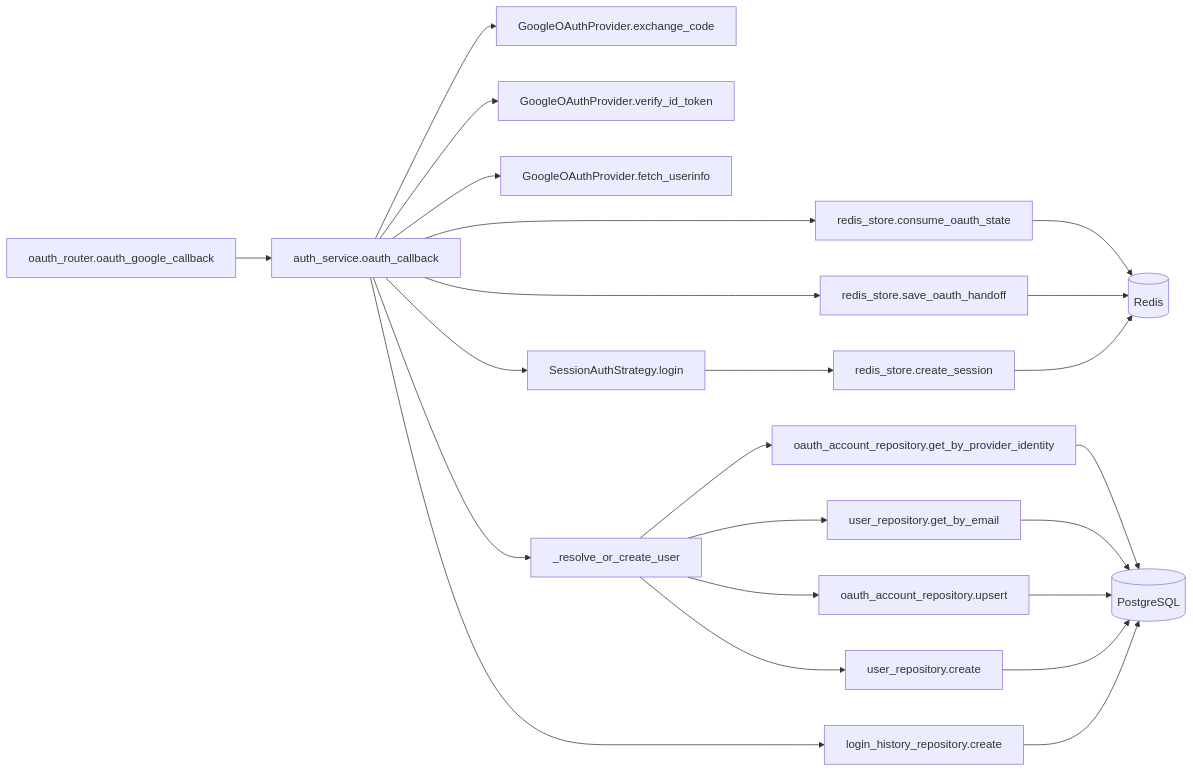
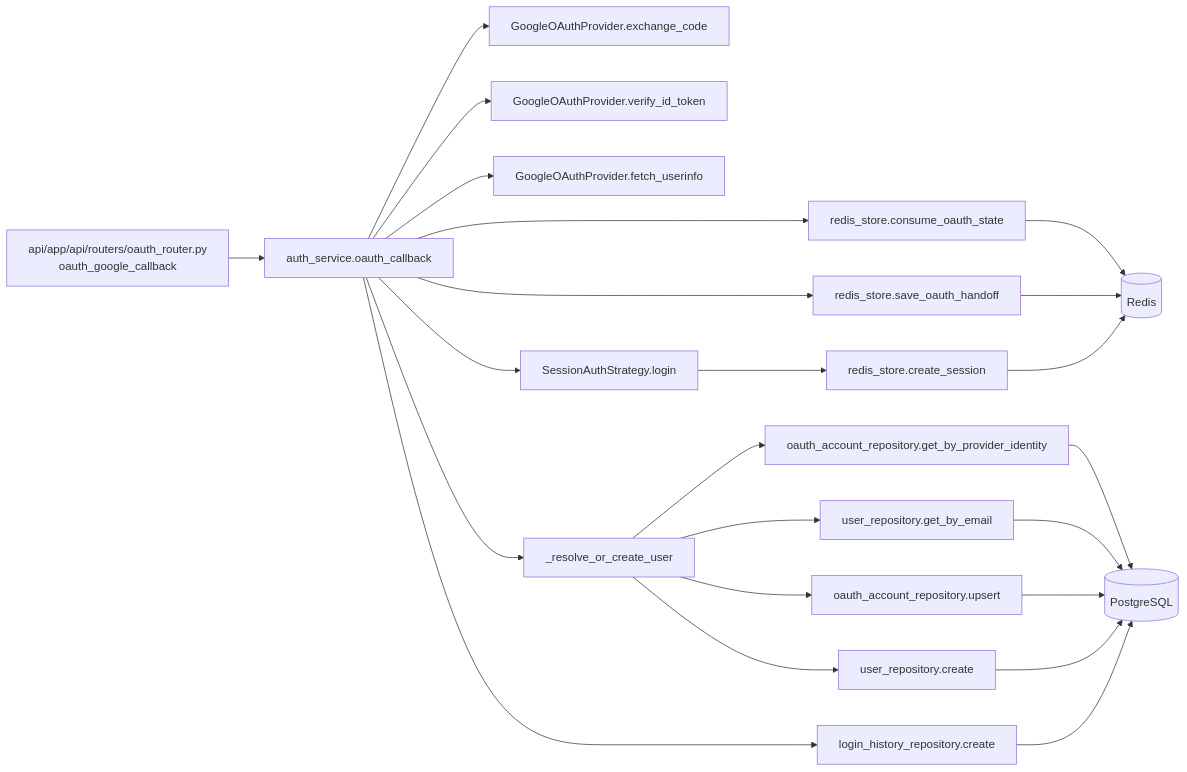
The third of 4 diagrams in docs/detailed_design/api/auth/12_get_auth_oauth_google_callback.md (oikawa-d/task_management), drawn with Mermaid before and after one commit. The commit also changed other lines of this file and 2 other files, not shown here.

Commit message:
docs: OAuth routerの配置方針を統一 (#395)

````diff
--- a/docs/detailed_design/api/auth/12_get_auth_oauth_google_callback.md
+++ b/docs/detailed_design/api/auth/12_get_auth_oauth_google_callback.md
@@ -317,25 +321,25 @@
 ```mermaid
 flowchart LR
-    R["oauth_router.oauth_google_callback"] --> S["auth_service.oauth_callback"]
+    R["api/app/api/routers/oauth_router.py<br/>oauth_google_callback"] --> S["auth_service.oauth_callback"]
     S --> RS1["redis_store.consume_oauth_state"]
     S --> OA1["GoogleOAuthProvider.exchange_code"]
     S --> OA2["GoogleOAuthProvider.verify_id_token"]
     S --> OA3["GoogleOAuthProvider.fetch_userinfo"]
     S --> RES["_resolve_or_create_user"]
     RES --> URP1["oauth_account_repository.get_by_provider_identity"]
     RES --> URP2["user_repository.get_by_email"]
     RES --> URP3["oauth_account_repository.upsert"]
     RES --> URP4["user_repository.create"]
     S --> SESS["SessionAuthStrategy.login"]
     S --> RS2["redis_store.save_oauth_handoff"]
     S --> LRP["login_history_repository.create"]
     RS1 --> RD[("Redis")]
     RS2 --> RD
     URP1 --> PG[("PostgreSQL")]
     URP2 --> PG
     URP3 --> PG
     URP4 --> PG
     LRP --> PG
     SESS --> RS3["redis_store.create_session"]
     RS3 --> RD
 ```
````
